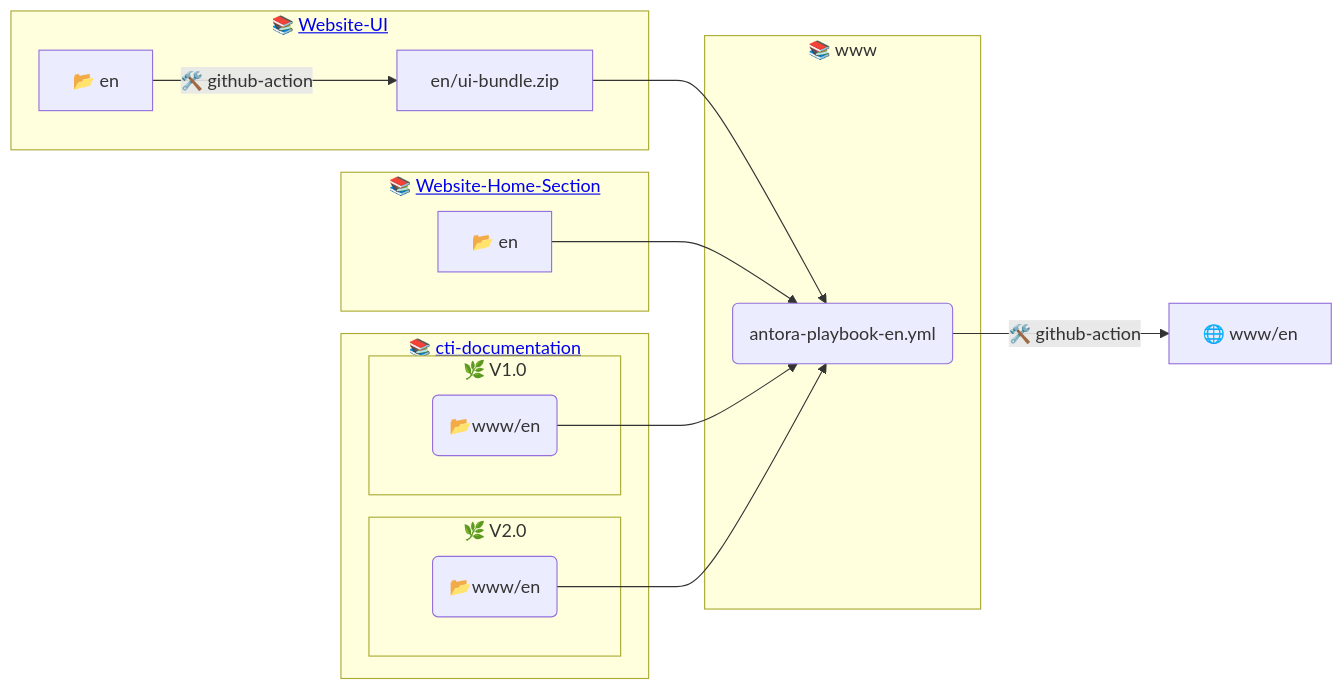
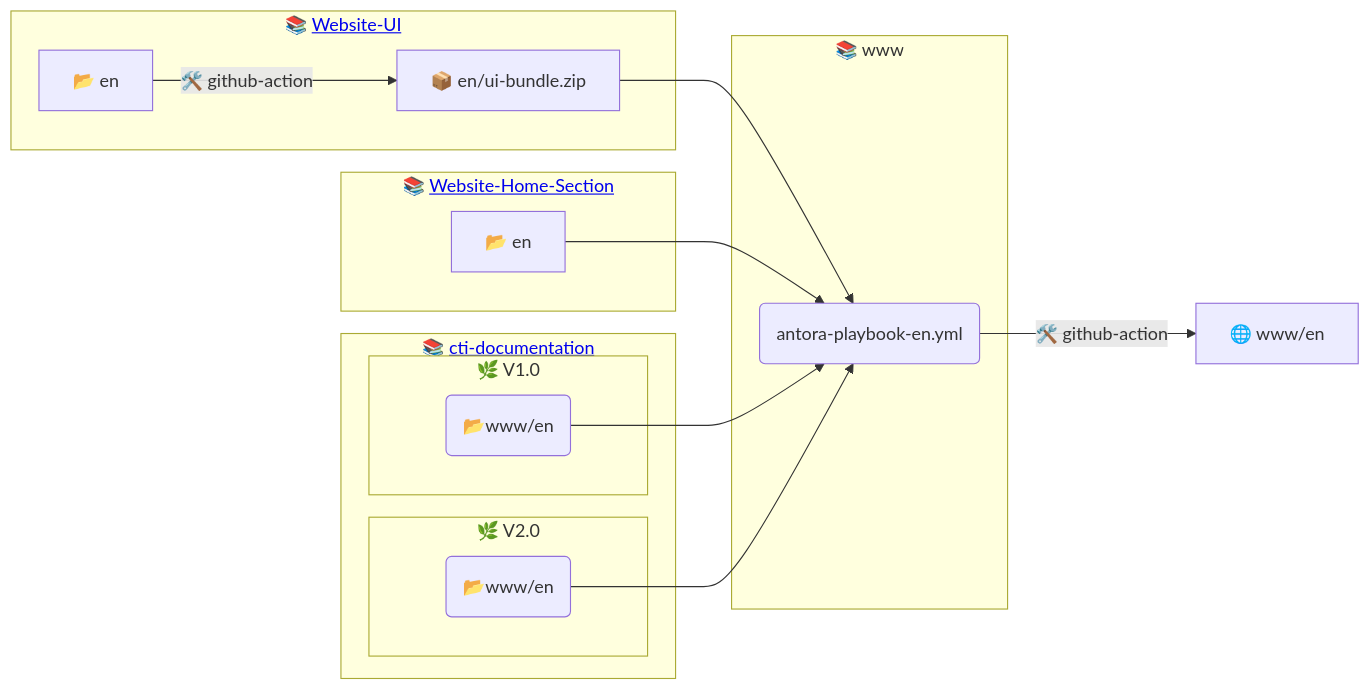
One commit to j-medland/www changed the diagram in README.md. Above: the diagram before and after it, drawn with Mermaid. The commit also changed other lines of this file, not shown here.

````diff
--- a/README.md
+++ b/README.md
@@ -15,23 +15,23 @@
 ```mermaid
 flowchart LR
     subgraph www["📚 www"]
         en-antora-playbook(antora-playbook-en.yml)
     end
     subgraph website-ui["📚 <a href='https://github.com/LabVIEWCommunityTraining/website-ui'>Website-UI</a>"]
         en-ui["📂 en"]-->|🛠️ github-action|en-ui-bundle
-        en-ui-bundle[en/ui-bundle.zip]-->en-antora-playbook
+        en-ui-bundle["📦 en/ui-bundle.zip"]-->en-antora-playbook
     end
     subgraph website-home["📚 <a href='https://github.com/LabVIEWCommunityTraining/website-home-section'>Website-Home-Section</a>"]
         en-hs["📂 en"]-->en-antora-playbook
     end
     subgraph cti-docs["📚 <a href='https://github.com/LabVIEWCommunityTraining/cti-documentation'>cti-documentation</a>"]
         subgraph v1["🌿 V1.0"]
             en-conv1(📂www/en)-->en-antora-playbook
         end
         subgraph v2["🌿 V2.0"]
             en-conv2(📂www/en)-->en-antora-playbook
         end
     end
     en-output["🌐 www/en"]
     en-antora-playbook-->|🛠️ github-action|en-output
 ```
````
